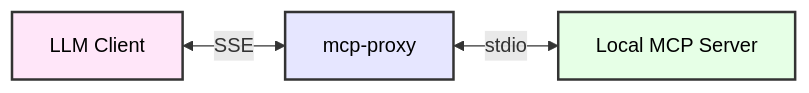
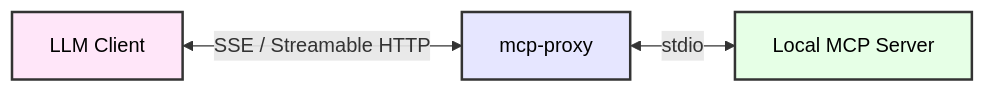
The second of 2 diagrams in README.md (sparfenyuk/mcp-proxy), drawn with Mermaid before and after one commit. The commit also changed other lines of this file and 2 other files, not shown here.

First line of the commit message:
fix: advertise Streamable HTTP endpoints

````diff
--- a/README.md
+++ b/README.md
@@ -129,9 +131,9 @@
 ```mermaid
 graph LR
-    A["LLM Client"] <-->|SSE| B["mcp-proxy"]
+    A["LLM Client"] <-->|SSE / Streamable HTTP| B["mcp-proxy"]
     B <-->|stdio| C["Local MCP Server"]
 
     style A fill:#ffe6f9,stroke:#333,color:black,stroke-width:2px
     style B fill:#e6e6ff,stroke:#333,color:black,stroke-width:2px
     style C fill:#e6ffe6,stroke:#333,color:black,stroke-width:2px
 ```
````
